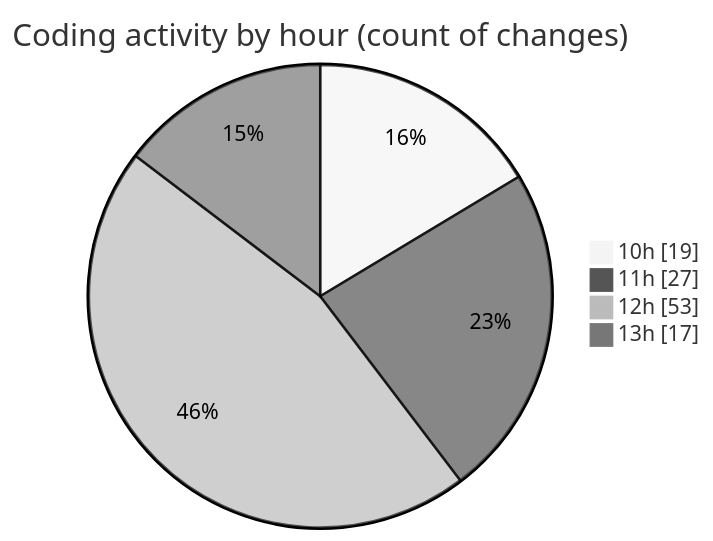
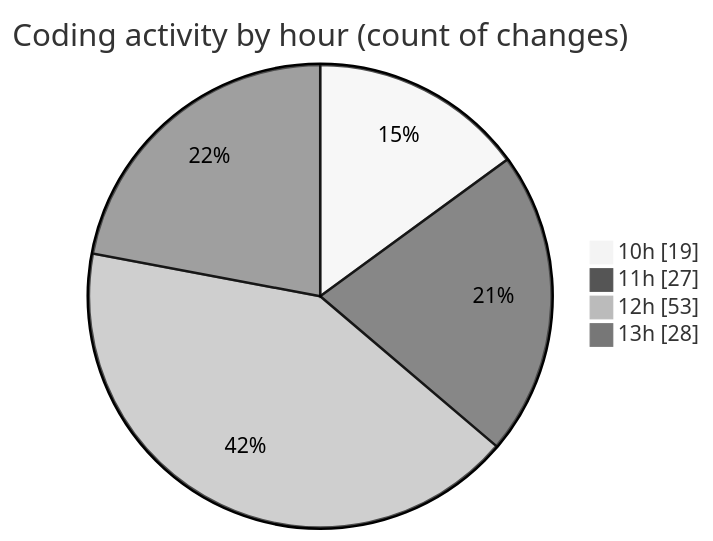
One commit to momahboobian/code-tracking changed the second of 2 diagrams in 2025-03-18/cda/README.md. Above: the diagram before and after it, drawn with Mermaid (neutral theme). The commit also changed other lines of this file and 1 other file, not shown here.

````diff
--- a/2025-03-18/cda/README.md
+++ b/2025-03-18/cda/README.md
@@ -42,8 +42,8 @@
 ```mermaid
 pie showData
 title Coding activity by hour (count of changes)
 "10h" : 19
 "11h" : 27
 "12h" : 53
-"13h" : 17
+"13h" : 28
 ```
````
